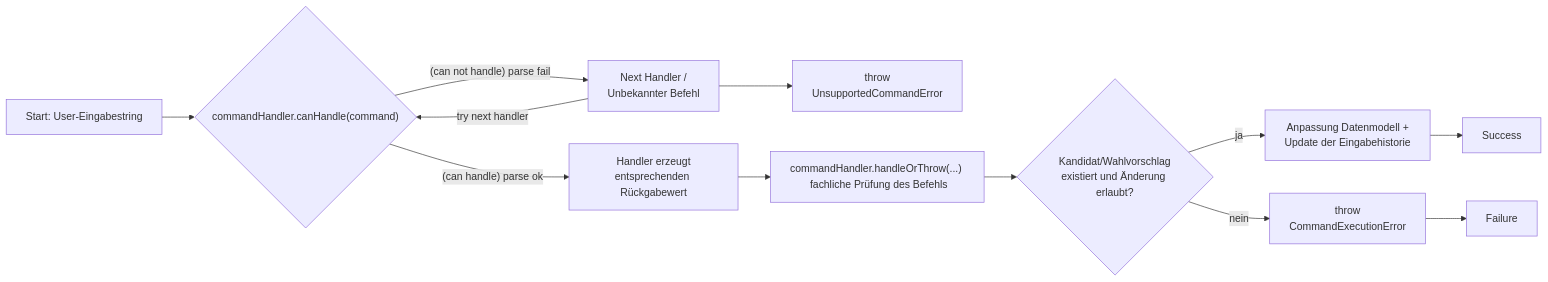
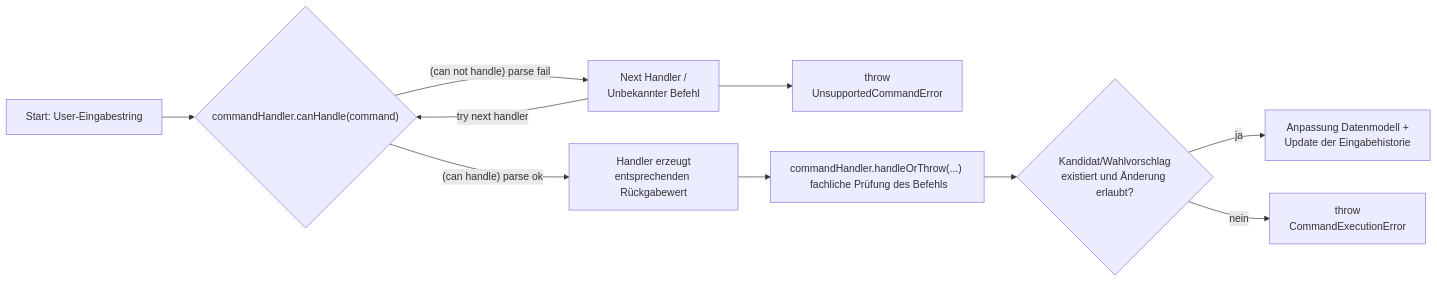
The fourth of 4 diagrams in docs/src/dse/index.md (it-at-m/Wahllokalsystem), drawn with Mermaid before and after one commit.

Commit message:
#3358 coderabbit: remove end nodes

````diff
--- a/docs/src/dse/index.md
+++ b/docs/src/dse/index.md
@@ -148,18 +148,15 @@
 ```mermaid
 flowchart LR
     A["Start: User-Eingabestring"] --> B{"commandHandler.canHandle(command)"}
 
     B -->|"(can not handle) parse fail"| C["Next Handler /<br/>Unbekannter Befehl"]
     C --> D["throw<br/>UnsupportedCommandError"]
     C -->|try next handler| B
     
     B -->|"(can handle) parse ok"| E["Handler erzeugt<br/>entsprechenden Rückgabewert"]
     E --> F["commandHandler.handleOrThrow(...) <br/> fachliche Prüfung des Befehls"]
     F --> G{"Kandidat/Wahlvorschlag<br/>existiert und Änderung erlaubt?"}
 
     G -->|ja| H["Anpassung Datenmodell +<br/>Update der Eingabehistorie"]
-    H --> I["Success"]
-
     G -->|nein| J["throw <br/> CommandExecutionError"]
-    J --> K["Failure"]
 ```
````
